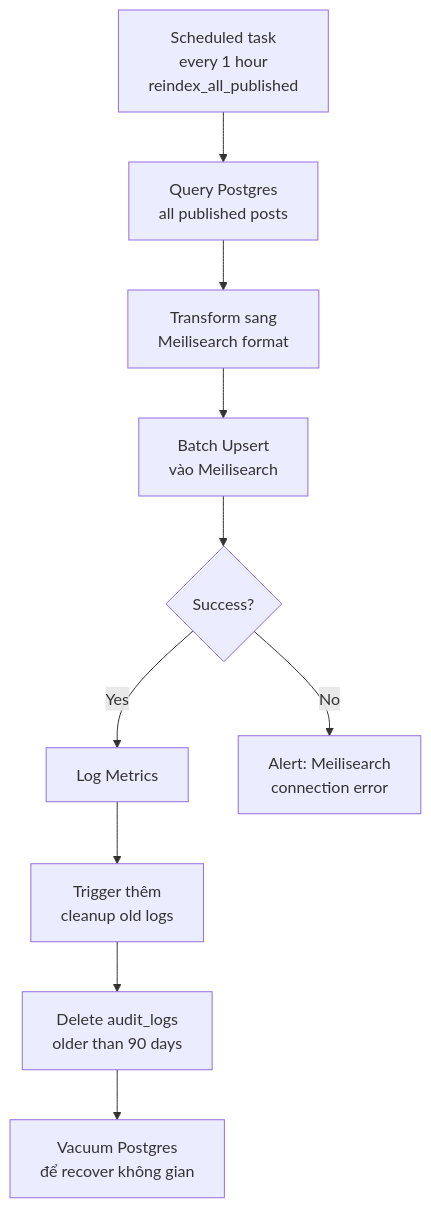
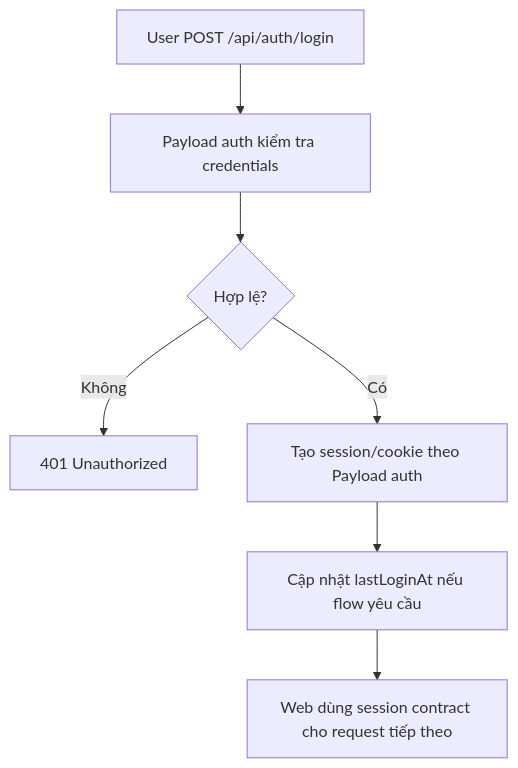
The fifth of 8 diagrams in design/00-overview/architecture-flows.mmd (QuyenVjp/PMTL_VN), drawn with Mermaid before and after one commit. The commit also changed other lines of this file and 38 other files, not shown here.

````diff
--- a/design/00-overview/architecture-flows.mmd
+++ b/design/00-overview/architecture-flows.mmd
@@ -56,12 +53,9 @@
 ```mermaid
 flowchart TD
-    A["Scheduled task<br/>every 1 hour<br/>reindex_all_published"] --> B["Query Postgres<br/>all published posts"]
-    B --> C["Transform sang<br/>Meilisearch format"]
-    C --> D["Batch Upsert<br/>vào Meilisearch"]
-    D --> E{"Success?"}
-    E -->|Yes| F["Log Metrics"]
-    E -->|No| G["Alert: Meilisearch<br/>connection error"]
-    F --> H["Trigger thêm<br/>cleanup old logs"]
-    H --> I["Delete audit_logs<br/>older than 90 days"]
-    I --> J["Vacuum Postgres<br/>để recover không gian"]
+    A["User POST /api/auth/login"] --> B["Payload auth kiểm tra credentials"]
+    B --> C{"Hợp lệ?"}
+    C -->|Không| D["401 Unauthorized"]
+    C -->|Có| E["Tạo session/cookie theo Payload auth"]
+    E --> F["Cập nhật lastLoginAt nếu flow yêu cầu"]
+    F --> G["Web dùng session contract cho request tiếp theo"]
 ```
````
